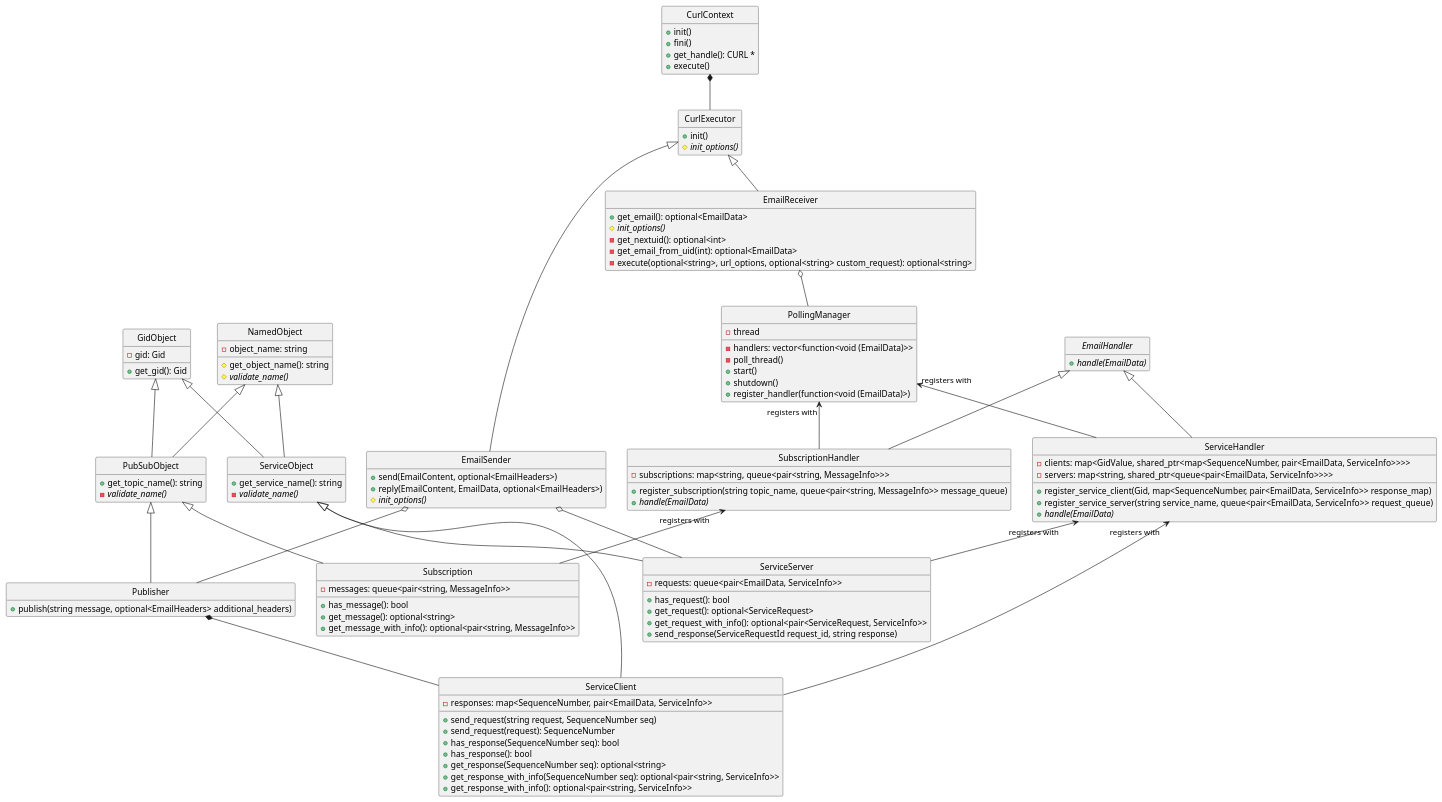
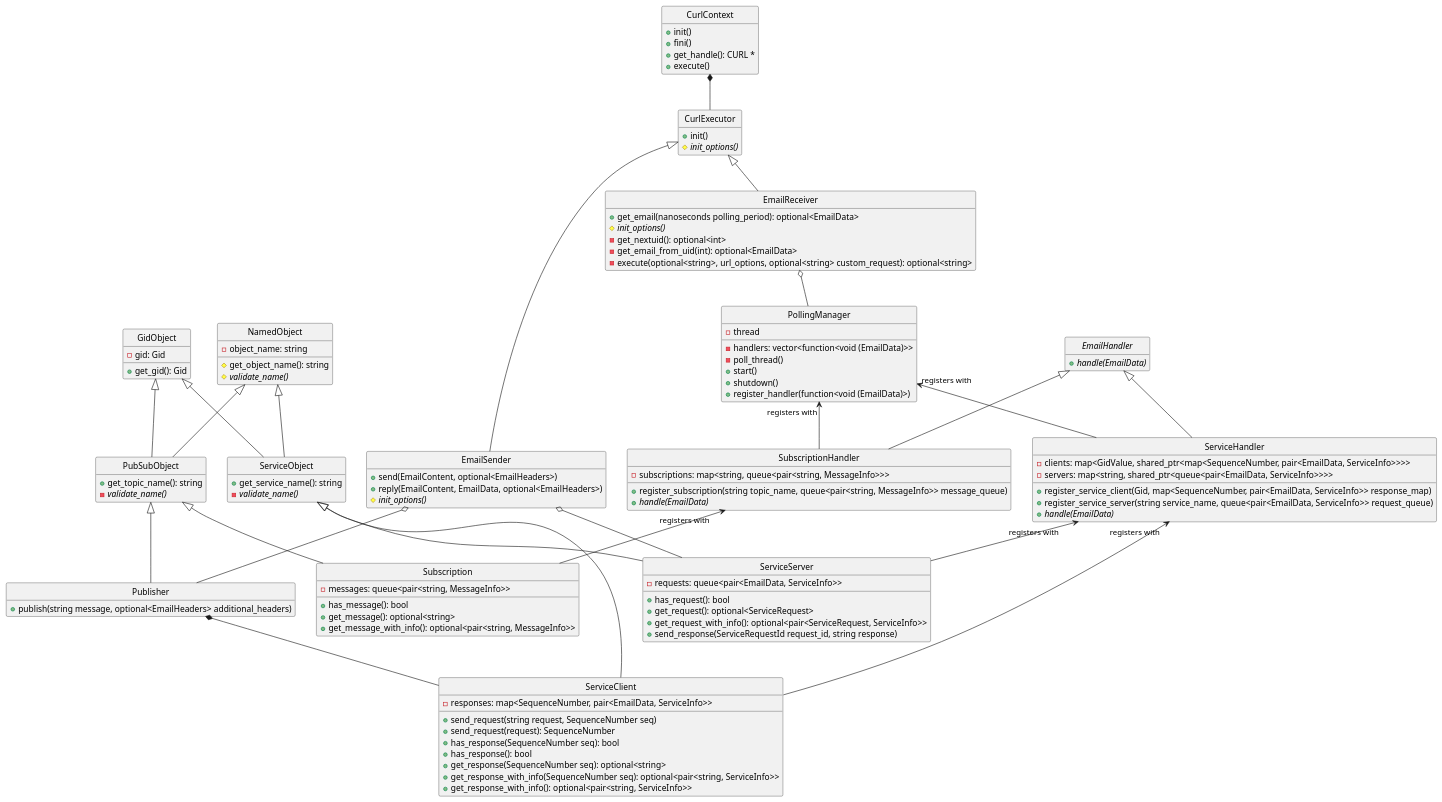
Before and after one commit to christophebedard/rmw_email: the first of 5 diagrams in email/doc/design.md, drawn with PlantUML. The commit also changed 9 other files, not shown here.

Commit message:
Add polling period option (#256)

```diff
--- a/email/doc/design.md
+++ b/email/doc/design.md
@@ -122,7 +122,7 @@
 CurlExecutor <|-- EmailSender
 
 class EmailReceiver {
-   +get_email(): optional<EmailData>
+   +get_email(nanoseconds polling_period): optional<EmailData>
    #init_options() {abstract}
    -get_nextuid(): optional<int>
    -get_email_from_uid(int): optional<EmailData>
```
